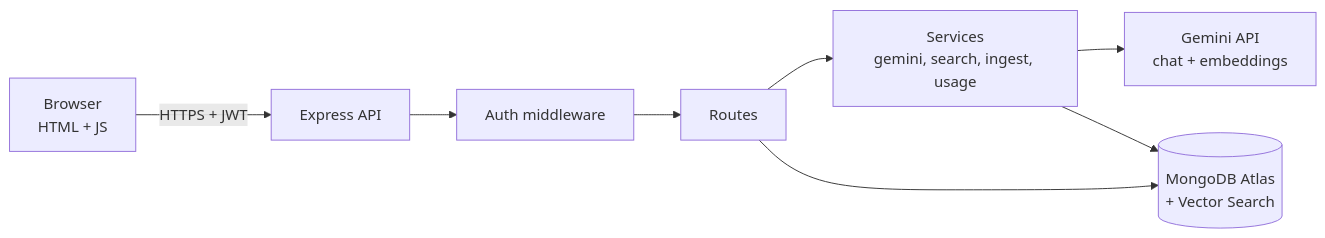
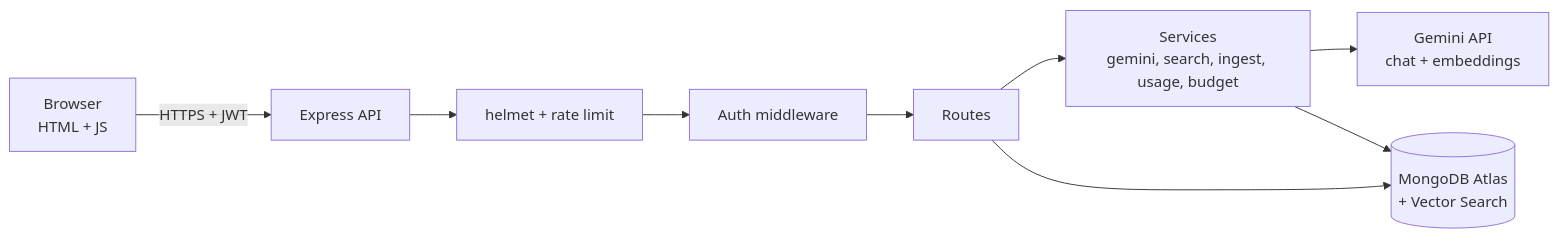
One commit to Milind300/docuchat changed the first of 4 diagrams in README.md. Above: the diagram before and after it, drawn with Mermaid. The commit also changed other lines of this file, not shown here.

Commit message:
Update README with security, embedding budget and cited sources

````diff
--- a/README.md
+++ b/README.md
@@ -59,10 +57,11 @@
 ```mermaid
 flowchart LR
   B["Browser<br/>HTML + JS"] -->|HTTPS + JWT| E["Express API"]
-  E --> M["Auth middleware"]
+  E --> H["helmet + rate limit"]
+  H --> M["Auth middleware"]
   M --> R["Routes"]
-  R --> S["Services<br/>gemini, search, ingest, usage"]
+  R --> S["Services<br/>gemini, search, ingest, usage, budget"]
   R --> D[("MongoDB Atlas<br/>+ Vector Search")]
   S --> G["Gemini API<br/>chat + embeddings"]
   S --> D
 ```
````
